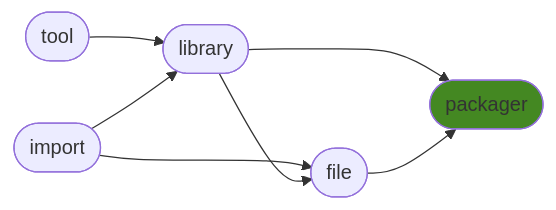
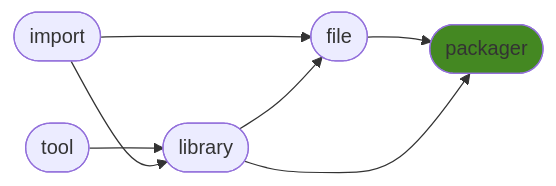
Before and after one commit to ManderaGeneral/generalpackager: the diagram in README.md, drawn with Mermaid. The commit also changed other lines of this file, not shown here.

````diff
--- a/README.md
+++ b/README.md
@@ -24,15 +24,15 @@
 ```mermaid
 flowchart LR
 0([import]) --> 3([file])
-2([library]) --> 4([packager])
 3([file]) --> 4([packager])
-2([library]) --> 3([file])
 1([tool]) --> 2([library])
 0([import]) --> 2([library])
+2([library]) --> 4([packager])
+2([library]) --> 3([file])
 click 0 "https://github.com/ManderaGeneral/generalimport"
 click 1 "https://github.com/ManderaGeneral/generaltool"
 click 2 "https://github.com/ManderaGeneral/generallibrary"
 click 3 "https://github.com/ManderaGeneral/generalfile"
 click 4 "https://github.com/ManderaGeneral/generalpackager"
 style 4 fill:#482
 ```
````
